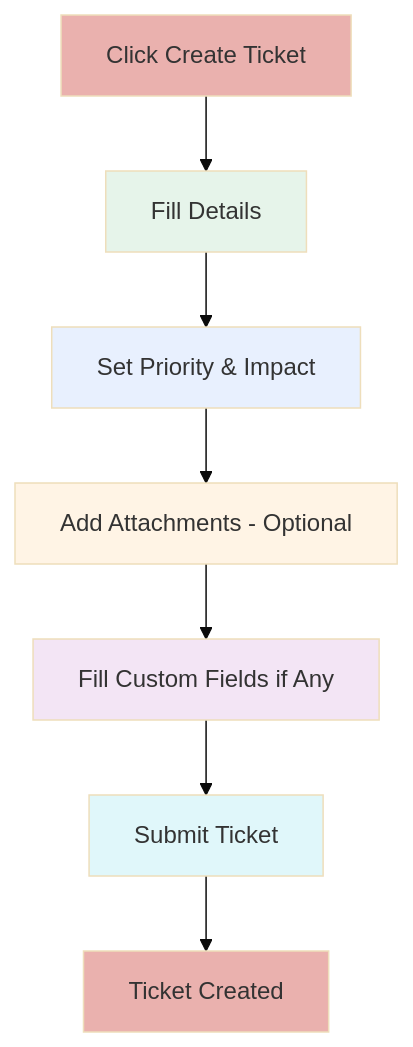
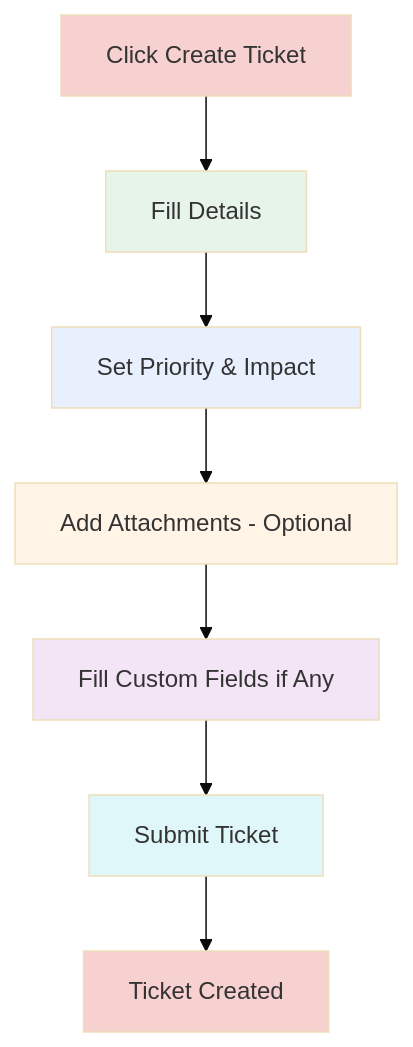
One commit to salmanb74-dev/ntg-ticket changed the first of 7 diagrams in NTG-Ticket-User Guide.md. Above: the diagram before and after it, drawn with Mermaid (base theme). The commit also changed other lines of this file, not shown here.

````diff
--- a/NTG-Ticket-User Guide.md
+++ b/NTG-Ticket-User Guide.md
@@ -71,16 +71,16 @@
 ```mermaid
 flowchart TD
     A[Click Create Ticket] --> B[Fill Details]
     B --> C[Set Priority & Impact]
     C --> D[Add Attachments - Optional]
     D --> E[Fill Custom Fields if Any]
     E --> F[Submit Ticket]
     F --> G[Ticket Created]
-    style A fill:#EAB1AE
+    style A fill:#F6D1CF
     style B fill:#E6F4EA
     style C fill:#E8F0FE
     style D fill:#FFF4E5
     style E fill:#F3E5F5
     style F fill:#E0F7FA
-    style G fill:#EAB1AE
+    style G fill:#F6D1CF
 ```
````
